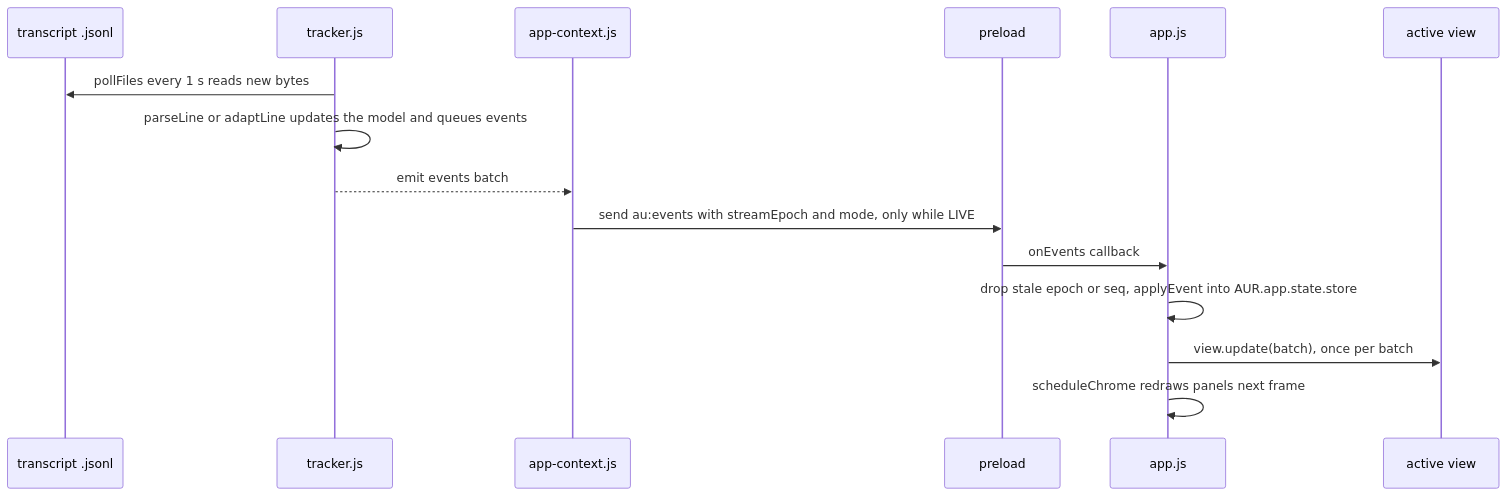
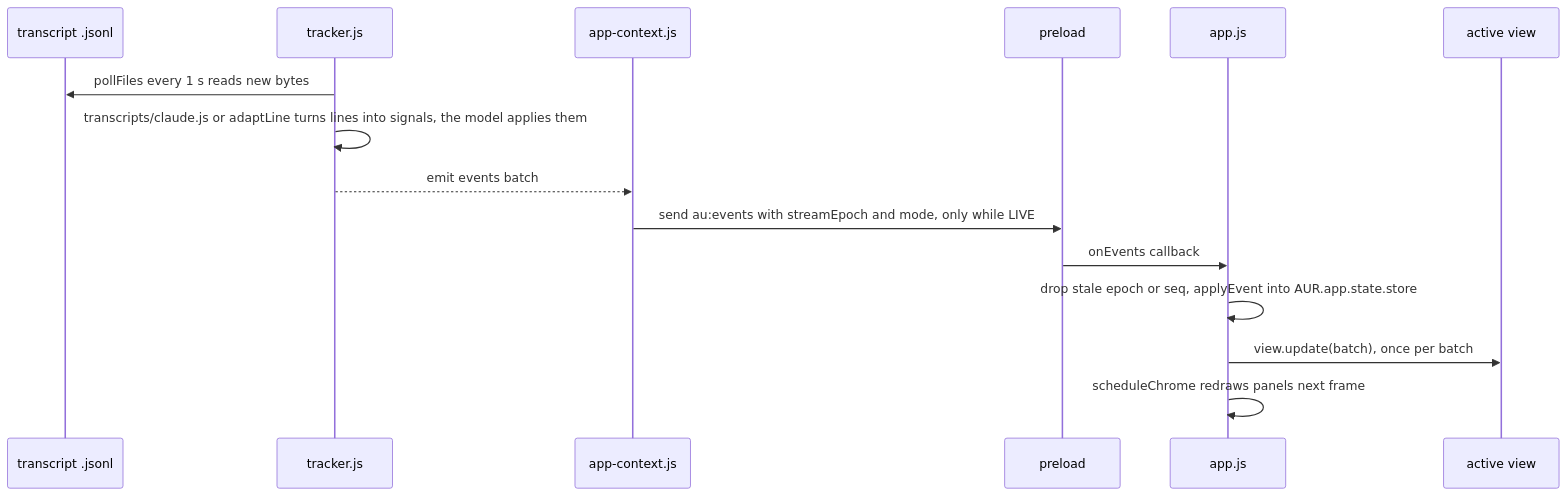
Before and after one commit to MatthewNorton/agent-orrery: the second of 4 diagrams in .docs/architecture.md, drawn with Mermaid. The commit also changed other lines of this file, not shown here.

Commit message:
docs: architecture map reflects the shared transcript parsers

````diff
--- a/.docs/architecture.md
+++ b/.docs/architecture.md
@@ -277,17 +281,17 @@
 ```mermaid
 sequenceDiagram
   participant F as transcript .jsonl
   participant T as tracker.js
   participant C as app-context.js
   participant P as preload
   participant A as app.js
   participant V as active view
   T->>F: pollFiles every 1 s reads new bytes
-  T->>T: parseLine or adaptLine updates the model and queues events
+  T->>T: transcripts/claude.js or adaptLine turns lines into signals, the model applies them
   T-->>C: emit events batch
   C->>P: send au:events with streamEpoch and mode, only while LIVE
   P->>A: onEvents callback
   A->>A: drop stale epoch or seq, applyEvent into AUR.app.state.store
   A->>V: view.update(batch), once per batch
   A->>A: scheduleChrome redraws panels next frame
 ```
````
